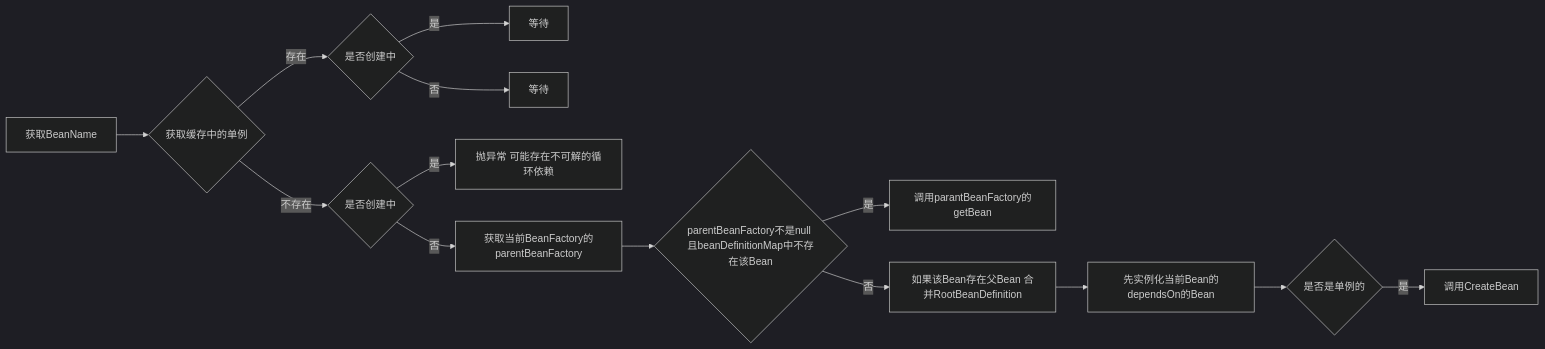
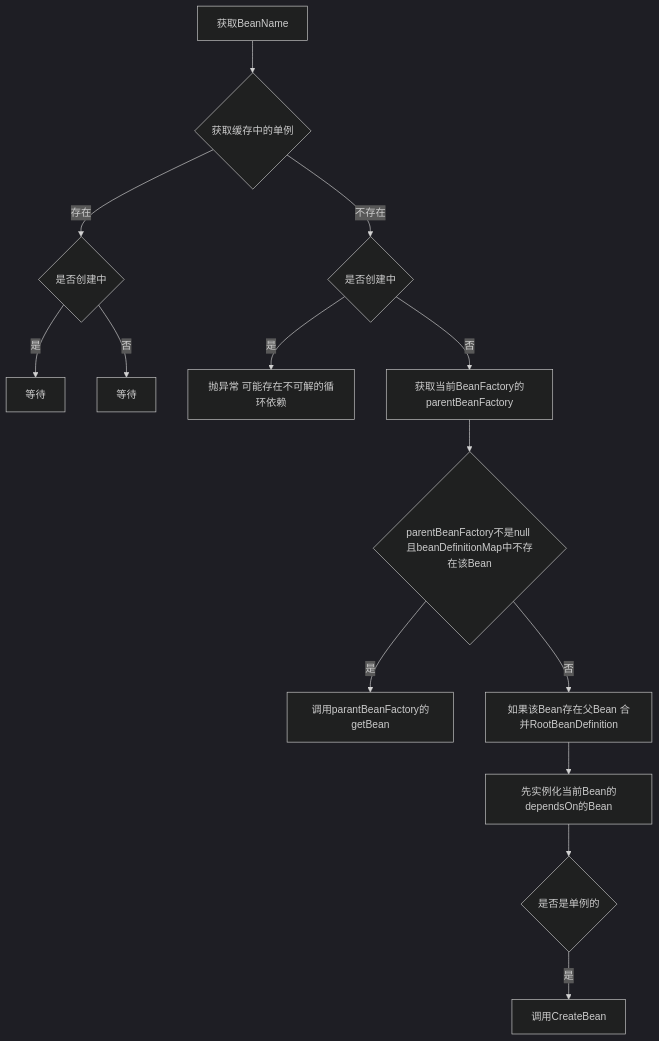
Before and after one commit to KingCraigSong/hexoBlog: the diagram in source/_posts/Spring的Bean生命周期流程图及代码解释.md, drawn with Mermaid (dark theme).

````diff
--- a/source/_posts/Spring的Bean生命周期流程图及代码解释.md
+++ b/source/_posts/Spring的Bean生命周期流程图及代码解释.md
@@ -13,16 +13,16 @@
 ```mermaid
-graph LR
+graph TD
     A[获取BeanName] --> B{获取缓存中的单例}
     B -->|存在| C{是否创建中}
     C -->|是| D[等待]
     C -->|否| E[等待]
     B -->|不存在| F{是否创建中}
     F -->|是| G[抛异常 可能存在不可解的循环依赖]
     F -->|否| H[获取当前BeanFactory的parentBeanFactory]
     H --> I{parentBeanFactory不是null 且beanDefinitionMap中不存在该Bean}
     I -->|是| J[调用parantBeanFactory的getBean]
     I -->|否| K[如果该Bean存在父Bean 合并RootBeanDefinition]
     K --> L[先实例化当前Bean的dependsOn的Bean]
     L --> M{是否是单例的}
     M -->|是| N[调用CreateBean]
 ```
````
